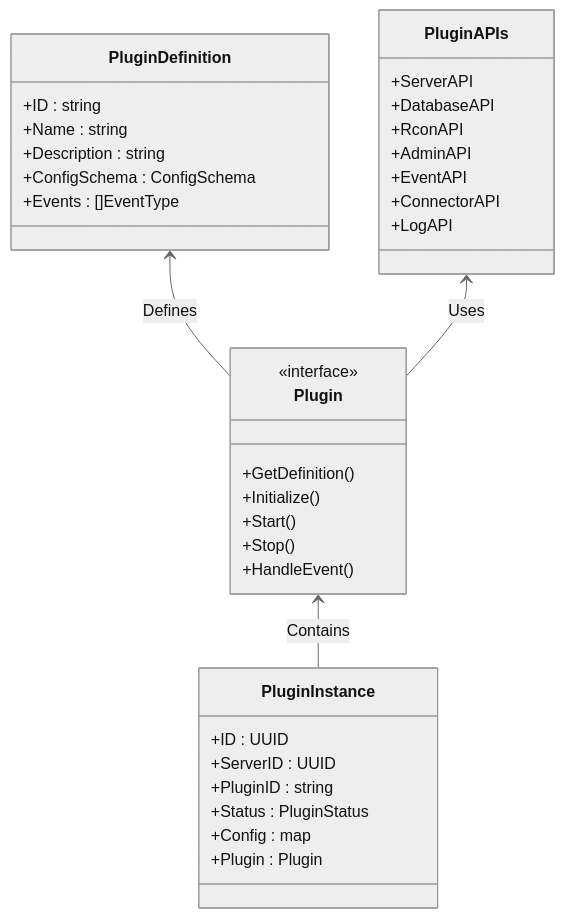
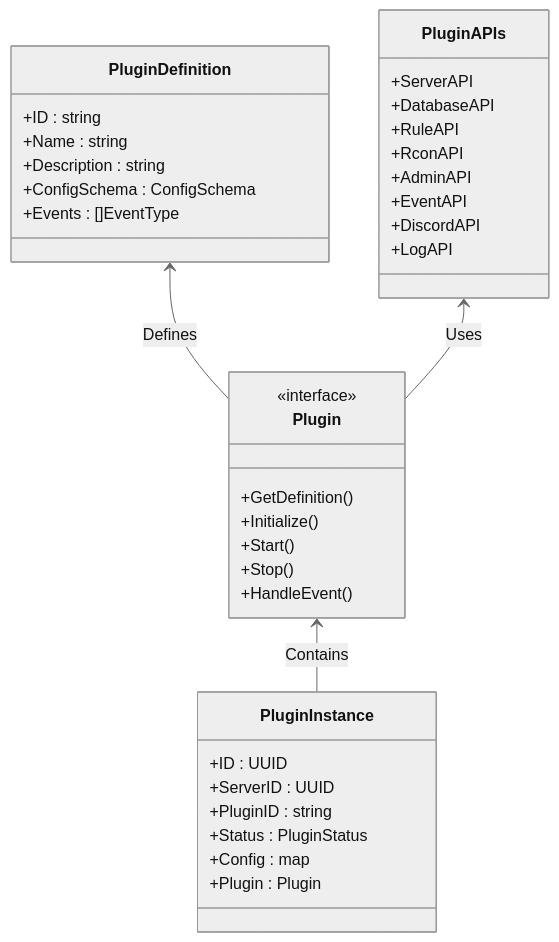
Before and after one commit to Codycody31/squad-aegis: the fourth of 8 diagrams in docs/content/docs/developers/architecture.md, drawn with Mermaid (neutral theme). The commit also changed 173 other files, not shown here.

````diff
--- a/docs/content/docs/developers/architecture.md
+++ b/docs/content/docs/developers/architecture.md
@@ -133,42 +133,43 @@
 ```mermaid
 classDiagram
     class Plugin {
         <<interface>>
         +GetDefinition()
         +Initialize()
         +Start()
         +Stop()
         +HandleEvent()
     }
     
     class PluginDefinition {
         +ID : string
         +Name : string
         +Description : string
         +ConfigSchema : ConfigSchema
         +Events : []EventType
     }
     
     class PluginInstance {
         +ID : UUID
         +ServerID : UUID
         +PluginID : string
         +Status : PluginStatus
         +Config : map
         +Plugin : Plugin
     }
     
     class PluginAPIs {
         +ServerAPI
         +DatabaseAPI
+        +RuleAPI
         +RconAPI
         +AdminAPI
         +EventAPI
-        +ConnectorAPI
+        +DiscordAPI
         +LogAPI
     }
     
     Plugin <-- PluginInstance : Contains
     PluginDefinition <-- Plugin : Defines
     PluginAPIs <-- Plugin : Uses
 ```
````
